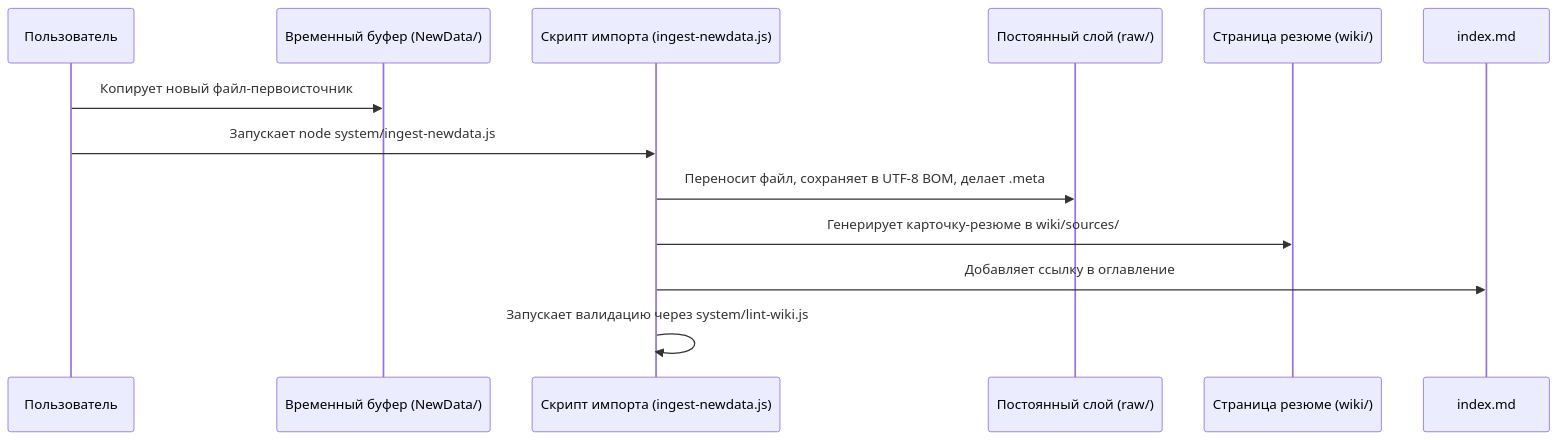
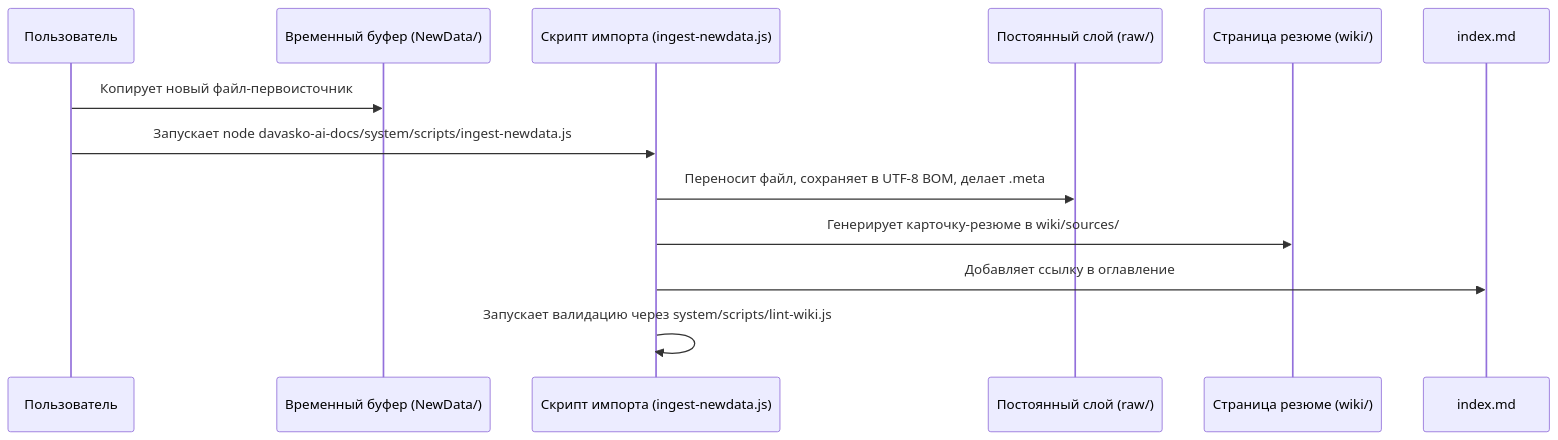
The second of 2 diagrams in README.ru.md (gDavASko/DavASkoLLMWiki), drawn with Mermaid before and after one commit. The commit also changed other lines of this file and 136 other files, not shown here.

````diff
--- a/README.ru.md
+++ b/README.ru.md
@@ -106,16 +106,16 @@
 ```mermaid
 sequenceDiagram
     participant User as Пользователь
     participant NewData as Временный буфер (NewData/)
     participant Script as Скрипт импорта (ingest-newdata.js)
     participant Raw as Постоянный слой (raw/)
     participant Wiki as Страница резюме (wiki/)
     participant Index as index.md
     
     User->>NewData: Копирует новый файл-первоисточник
-    User->>Script: Запускает node system/ingest-newdata.js
+    User->>Script: Запускает node davasko-ai-docs/system/scripts/ingest-newdata.js
     Script->>Raw: Переносит файл, сохраняет в UTF-8 BOM, делает .meta
     Script->>Wiki: Генерирует карточку-резюме в wiki/sources/
     Script->>Index: Добавляет ссылку в оглавление
-    Script->>Script: Запускает валидацию через system/lint-wiki.js
+    Script->>Script: Запускает валидацию через system/scripts/lint-wiki.js
 ```
````
